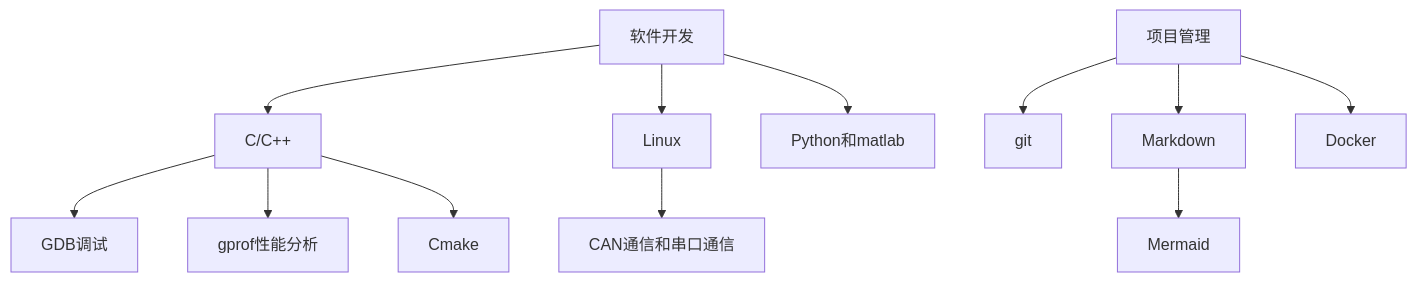
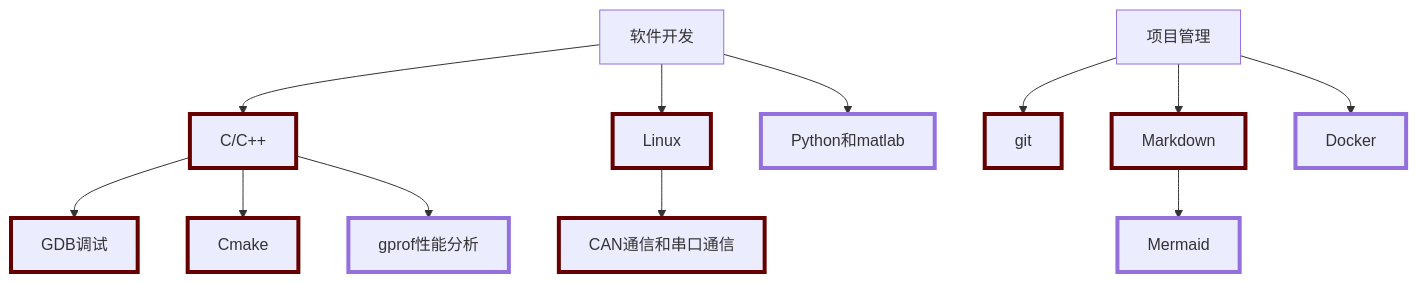
One commit to IRobot-Algorithm/GUIDE changed the second of 5 diagrams in README.md. Above: the diagram before and after it, drawn with Mermaid. The commit also changed other lines of this file, not shown here.

````diff
--- a/README.md
+++ b/README.md
@@ -15,15 +35,32 @@
 ```mermaid
 graph TD;
     A[软件开发] --> B[C/C++];
+    A --> F[Linux];
+    A --> H[Python和matlab];
+
     B --> C[GDB调试];
+    B --> E[Cmake];
     B --> D[gprof性能分析];
-    B --> E[Cmake];
-    A --> F[Linux];
+ 
     F --> G[CAN通信和串口通信];
-    A --> H[Python和matlab];
     
     I[项目管理] --> J[git];
     I --> K[Markdown];
+    I --> M[Docker];
+
     K --> L[Mermaid];
-    I --> M[Docker];
+
+style B stroke:#600,stroke-width:4px
+style C stroke:#600,stroke-width:4px
+style D stroke:#1,stroke-width:4px
+style E stroke:#600,stroke-width:4px
+style F stroke:#600,stroke-width:4px
+style G stroke:#600,stroke-width:4px
+style H stroke:#1,stroke-width:4px
+
+style J stroke:#600,stroke-width:4px
+style K stroke:#600,stroke-width:4px
+style L stroke:#1,stroke-width:4px
+style M stroke:#1,stroke-width:4px
+
 ```
````
